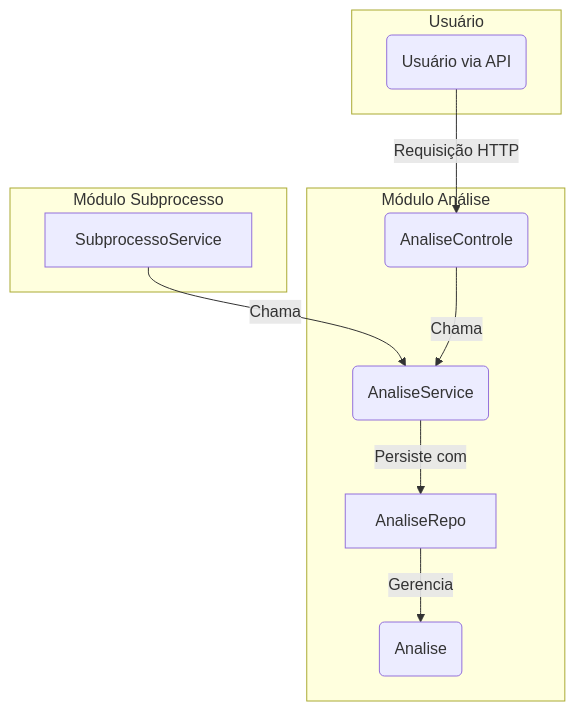
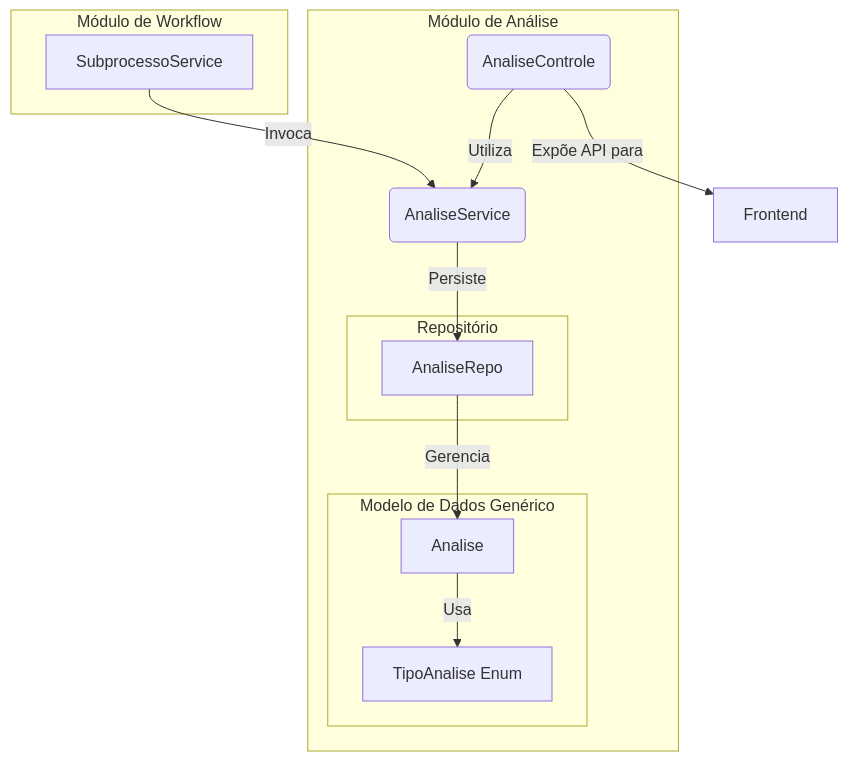
One commit to lgalvao/sgc changed the diagram in backend/src/main/java/sgc/analise/README.md. Above: the diagram before and after it, drawn with Mermaid. The commit also changed other lines of this file and 603 other files, not shown here.

````diff
--- a/backend/src/main/java/sgc/analise/README.md
+++ b/backend/src/main/java/sgc/analise/README.md
@@ -33,25 +11,27 @@
 ```mermaid
 graph TD
-    subgraph "Módulo Subprocesso"
-        A[SubprocessoService]
+    subgraph "Módulo de Workflow"
+        SP[SubprocessoService]
     end
 
-    subgraph "Módulo Análise"
-        B(AnaliseControle)
-        C(AnaliseService)
-        E[AnaliseRepo]
-        G(Analise)
+    subgraph "Módulo de Análise"
+        Service(AnaliseService)
+        Controle(AnaliseControle)
+        subgraph "Modelo de Dados Genérico"
+            Analise[Analise]
+            TipoAnalise[TipoAnalise Enum]
+        end
+        subgraph "Repositório"
+            AnaliseRepo
+        end
     end
 
-    subgraph "Usuário"
-        U(Usuário via API)
-    end
+    SP -- Invoca --> Service
 
-    A -- Chama --> C
+    Controle -- Expõe API para --> Frontend
+    Controle -- Utiliza --> Service
 
-    U -- Requisição HTTP --> B
-    B -- Chama --> C
-
-    C -- Persiste com --> E
-    E -- Gerencia --> G
+    Service -- Persiste --> AnaliseRepo
+    AnaliseRepo -- Gerencia --> Analise
+    Analise -- Usa --> TipoAnalise
 ```
````
